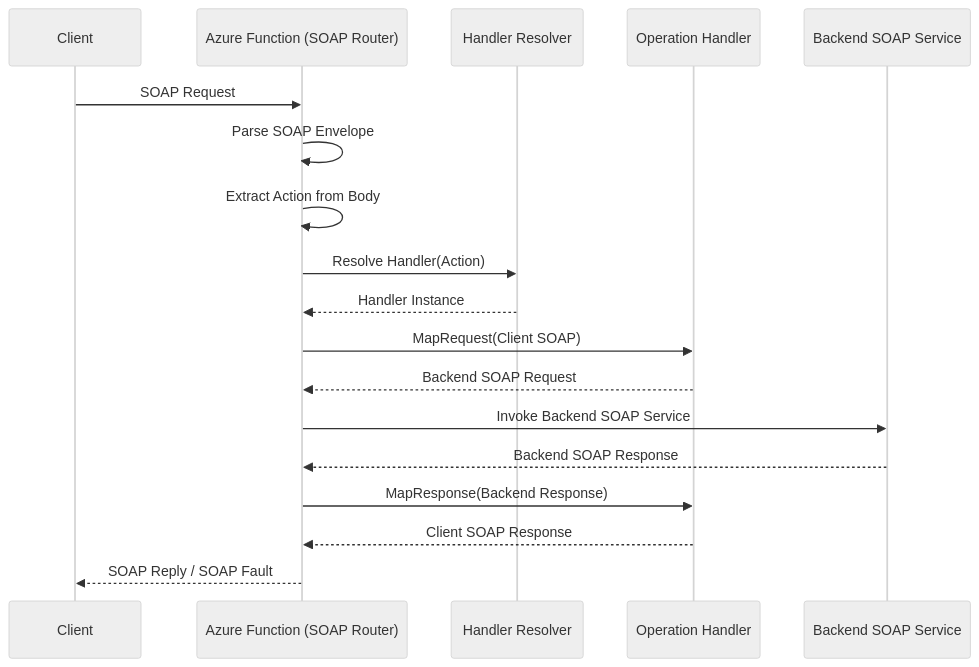
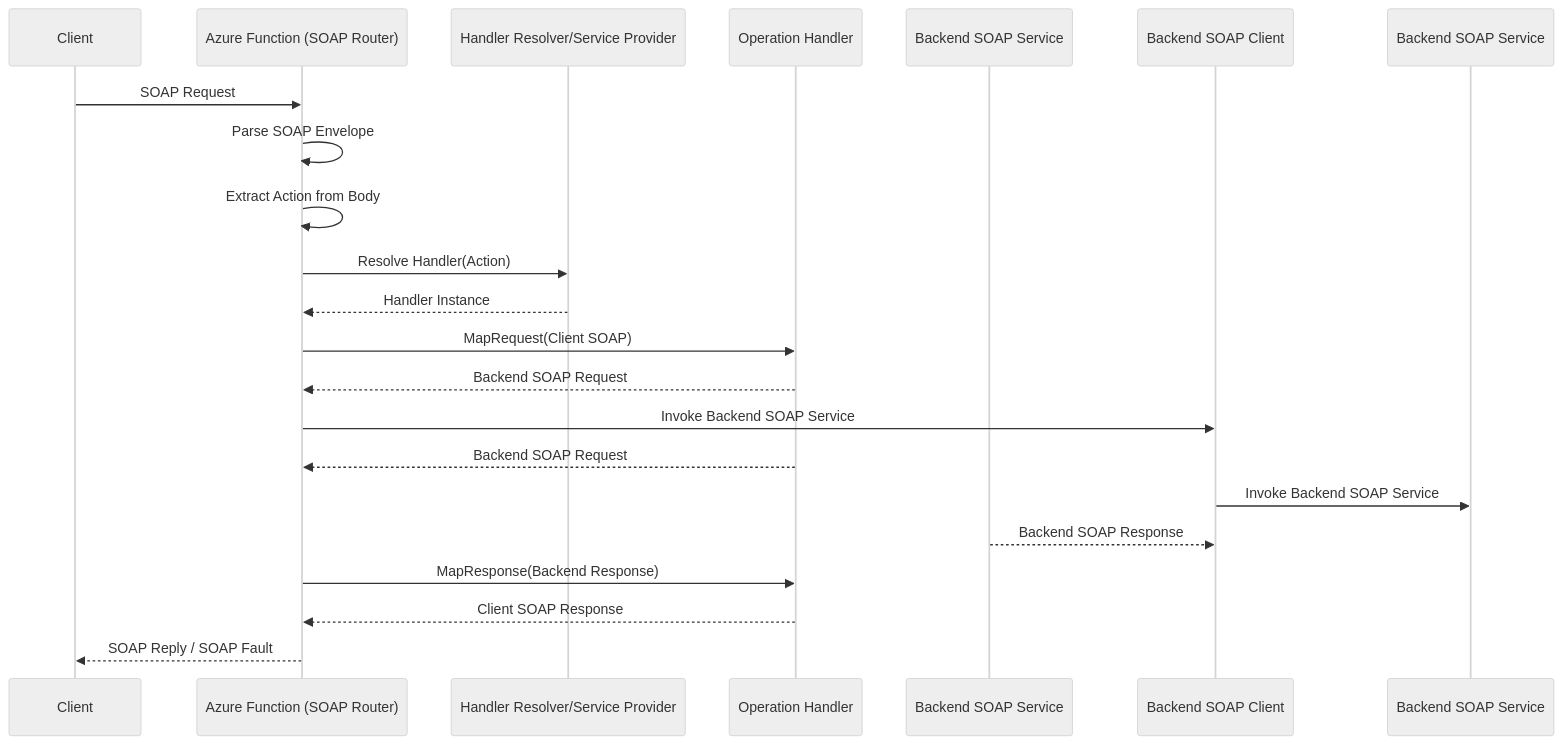
Before and after one commit to vijay-akula002/Azure-Function-Design: the second of 2 diagrams in README.md, drawn with Mermaid (neutral theme).

````diff
--- a/README.md
+++ b/README.md
@@ -61,26 +61,30 @@
 ``` mermaid
 sequenceDiagram
     participant Client
     participant Function as Azure Function (SOAP Router)
-    participant Resolver as Handler Resolver
+    participant Resolver as Handler Resolver/Service Provider
     participant Handler as Operation Handler
-    participant Backend as Backend SOAP Service
+    participant Backend as Backend SOAP Client
+	participant Backend as Backend SOAP Service
 
     Client->>Function: SOAP Request
     Function->>Function: Parse SOAP Envelope
     Function->>Function: Extract Action from Body
 
     Function->>Resolver: Resolve Handler(Action)
     Resolver-->>Function: Handler Instance
 
     Function->>Handler: MapRequest(Client SOAP)
     Handler-->>Function: Backend SOAP Request
 
-    Function->>Backend: Invoke Backend SOAP Service
-    Backend-->>Function: Backend SOAP Response
+	Function->>Backend SOAP Client: Invoke Backend SOAP Service
+    Handler-->>Function: Backend SOAP Request
+	
+    Backend SOAP Client->>Backend SOAP Service: Invoke Backend SOAP Service
+    Backend-->>Backend SOAP Client: Backend SOAP Response
 
     Function->>Handler: MapResponse(Backend Response)
     Handler-->>Function: Client SOAP Response
 
     Function-->>Client: SOAP Reply / SOAP Fault
 ```
````
